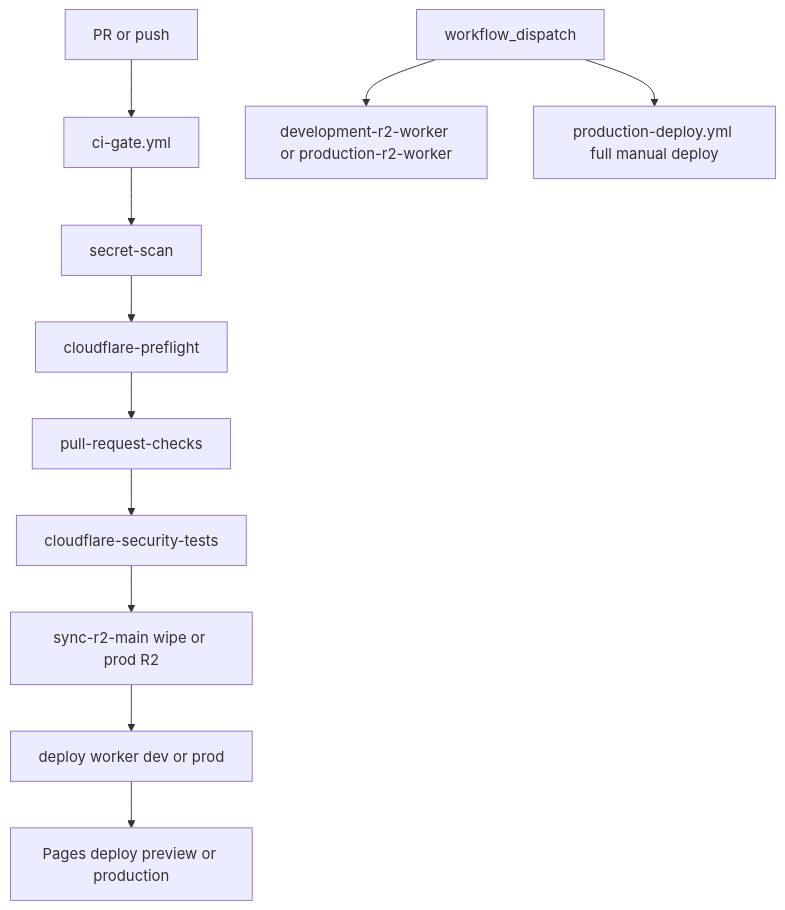
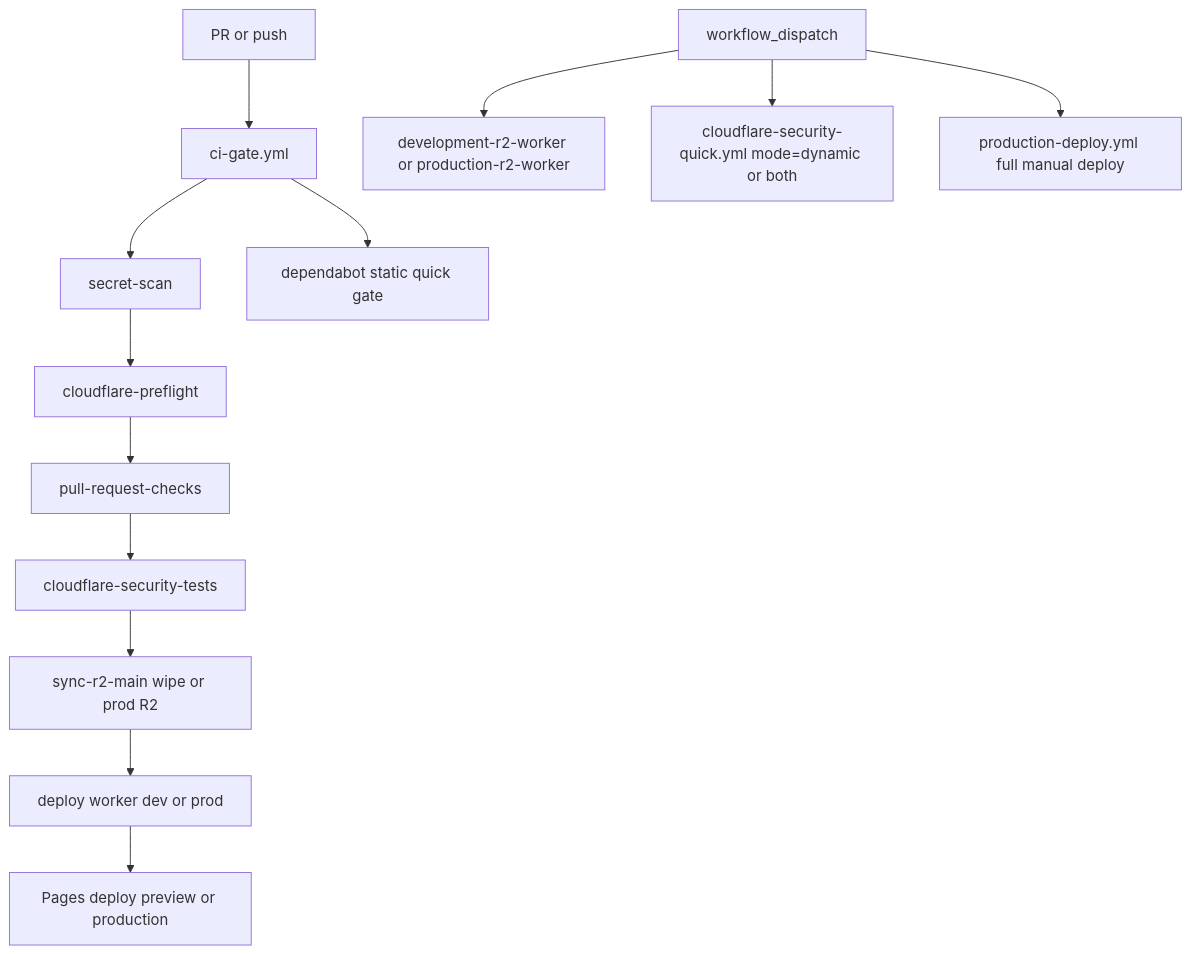
One commit to ocentra/ocentra-games changed the diagram in infra/cloudflare/docs/WORKFLOW-UPDATE-GUIDE.md. Above: the diagram before and after it, drawn with Mermaid. The commit also changed other lines of this file and 1 other file, not shown here.

Commit message:
ci: split dependabot cloudflare checks

````diff
--- a/infra/cloudflare/docs/WORKFLOW-UPDATE-GUIDE.md
+++ b/infra/cloudflare/docs/WORKFLOW-UPDATE-GUIDE.md
@@ -21,13 +22,15 @@
 ```mermaid
 flowchart TD
   PR[PR or push] --> CG[ci-gate.yml]
   CG --> S[secret-scan]
   S --> P[cloudflare-preflight]
   P --> Q[pull-request-checks]
   Q --> CF[cloudflare-security-tests]
+  CG --> D[dependabot static quick gate]
   CF --> R2M[sync-r2-main wipe or prod R2]
   R2M --> WD[deploy worker dev or prod]
   WD --> PG[Pages deploy preview or production]
   Manual[workflow_dispatch] --> R2Manual[development-r2-worker or production-r2-worker]
+  Manual --> DQ[cloudflare-security-quick.yml mode=dynamic or both]
   Manual --> PD[production-deploy.yml full manual deploy]
 ```
````
